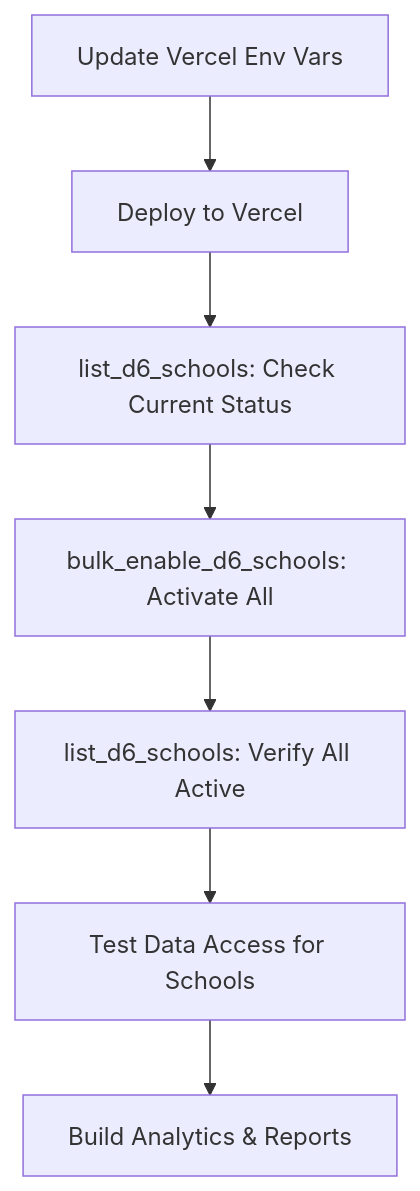
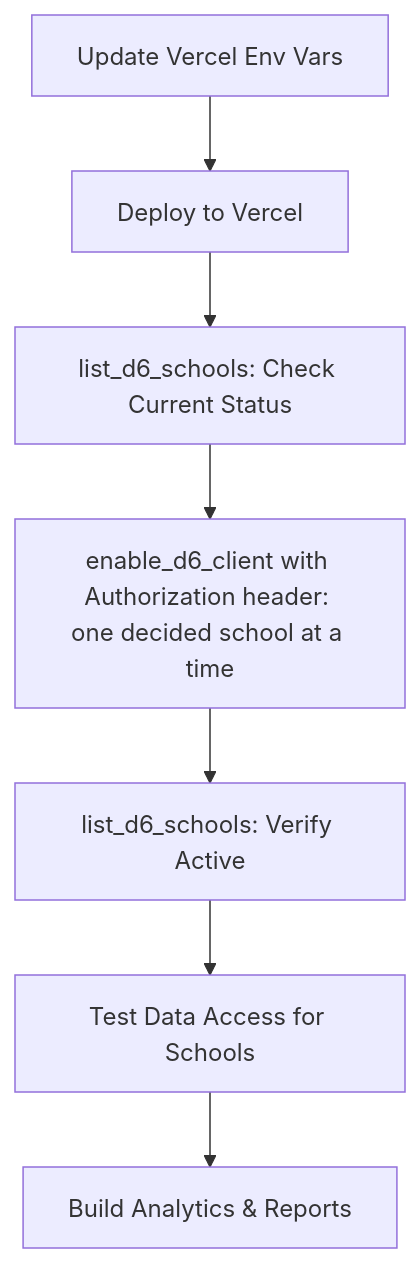
One commit to nieuwoudt/Espen-MCP-server-d6 changed the diagram in BULK_SCHOOL_ACTIVATION.md. Above: the diagram before and after it, drawn with Mermaid. The commit also changed other lines of this file and 1 other file, not shown here.

First line of the commit message:
docs(auth): show the Authorization header on every switch-on example

````diff
--- a/BULK_SCHOOL_ACTIVATION.md
+++ b/BULK_SCHOOL_ACTIVATION.md
@@ -262,9 +282,9 @@
 ```mermaid
 graph TD
     A[Update Vercel Env Vars] --> B[Deploy to Vercel]
     B --> C[list_d6_schools: Check Current Status]
-    C --> D[bulk_enable_d6_schools: Activate All]
-    D --> E[list_d6_schools: Verify All Active]
+    C --> D[enable_d6_client with Authorization header: one decided school at a time]
+    D --> E[list_d6_schools: Verify Active]
     E --> F[Test Data Access for Schools]
     F --> G[Build Analytics & Reports]
 ```
````
